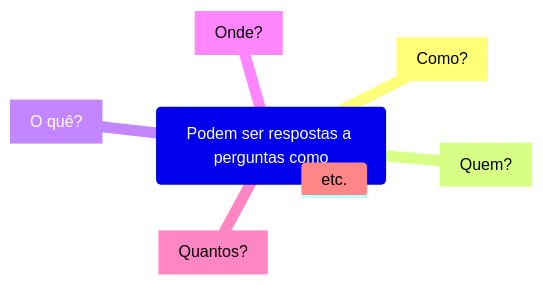
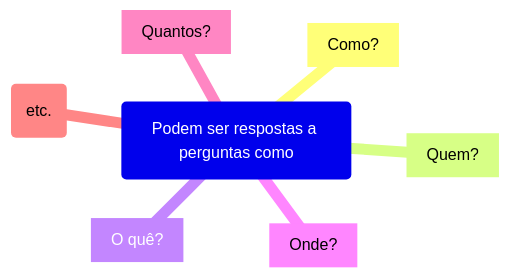
The second of 2 diagrams in Mestrado/Segundo Semestre/SIN5033 - Grafos de conhecimento e Ontologias/Aula 1/1 Conceitos basicos.md (Igorino/joplin-notes), drawn with Mermaid before and after one commit.

Commit message:
Exported on 2026-04-05_19-41-59

````diff
--- a/Mestrado/Segundo Semestre/SIN5033 - Grafos de conhecimento e Ontologias/Aula 1/1 Conceitos basicos.md
+++ b/Mestrado/Segundo Semestre/SIN5033 - Grafos de conhecimento e Ontologias/Aula 1/1 Conceitos basicos.md
@@ -40,14 +40,14 @@
 ```mermaid
 ---
 config:
   layout: tidy-tree
 ---
 mindmap
 root(Podem ser respostas a perguntas como)
 	[Como?]
 	[Quem?]
 	[O quê?]
 	[Onde?]
 	[Quantos?]
-	etc.
+	(etc.)
 ```
````
